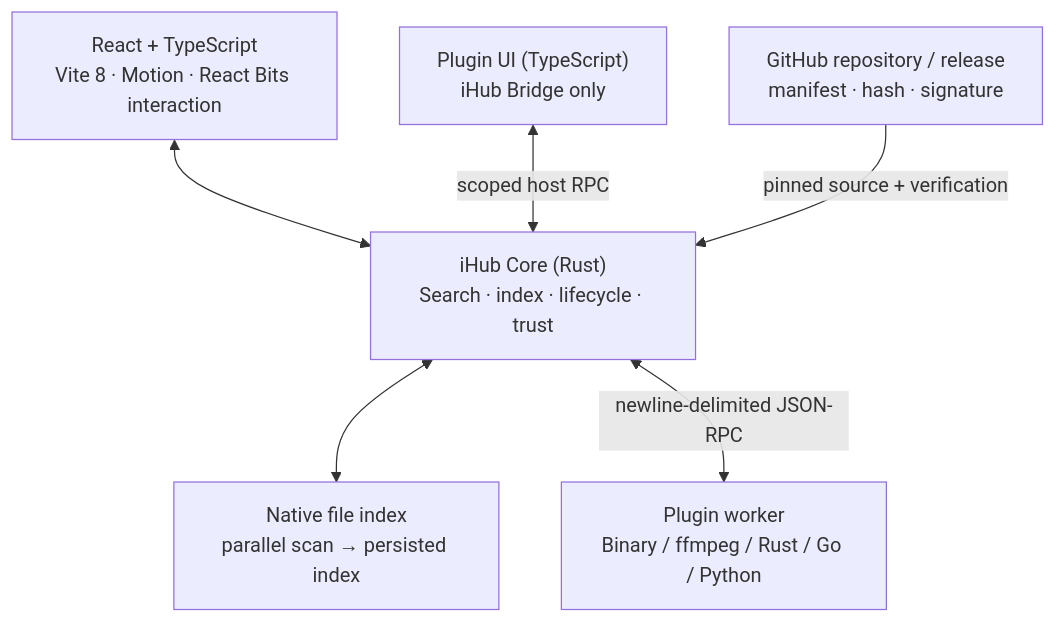
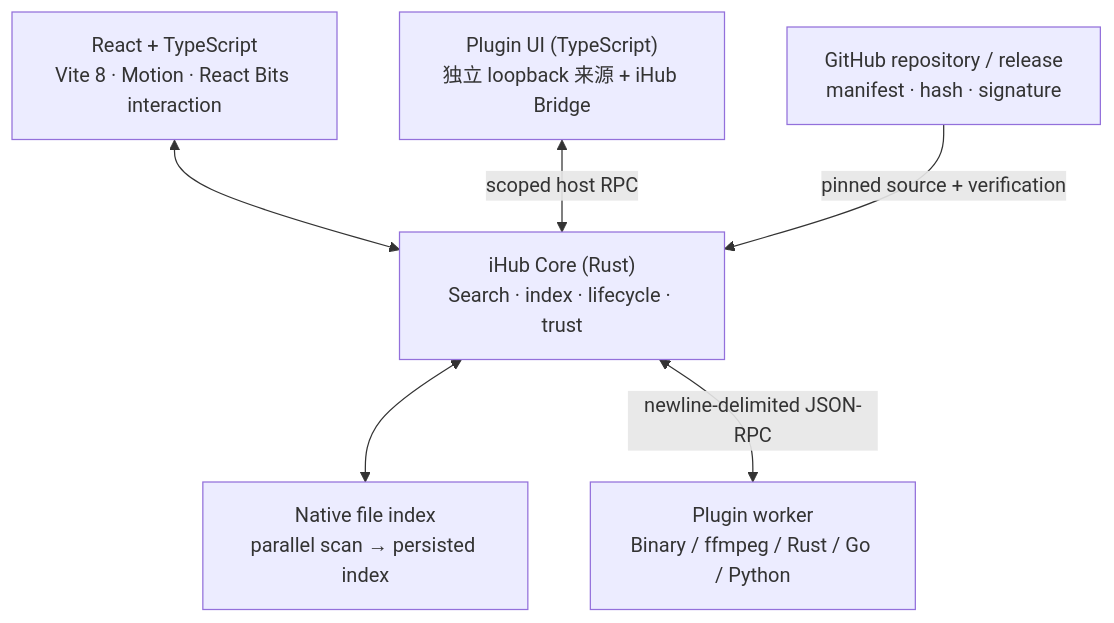
The diagram in README.md (neko233-com/ihub), drawn with Mermaid before and after one commit. The commit also changed other lines of this file and 7 other files, not shown here.

```diff
--- a/README.md
+++ b/README.md
@@ -30,15 +45,15 @@
 ~~~mermaid
 flowchart TB
   UI["React + TypeScript<br/>Vite 8 · Motion · React Bits interaction"]
   CORE["iHub Core (Rust)<br/>Search · index · lifecycle · trust"]
   FS["Native file index<br/>parallel scan → persisted index"]
-  PUI["Plugin UI (TypeScript)<br/>iHub Bridge only"]
+  PUI["Plugin UI (TypeScript)<br/>独立 loopback 来源 + iHub Bridge"]
   WORKER["Plugin worker<br/>Binary / ffmpeg / Rust / Go / Python"]
   GH["GitHub repository / release<br/>manifest · hash · signature"]
 
   UI <--> CORE
   CORE <--> FS
   PUI <-->|"scoped host RPC"| CORE
   CORE <-->|"newline-delimited JSON-RPC"| WORKER
   GH -->|"pinned source + verification"| CORE
 ~~~
```
